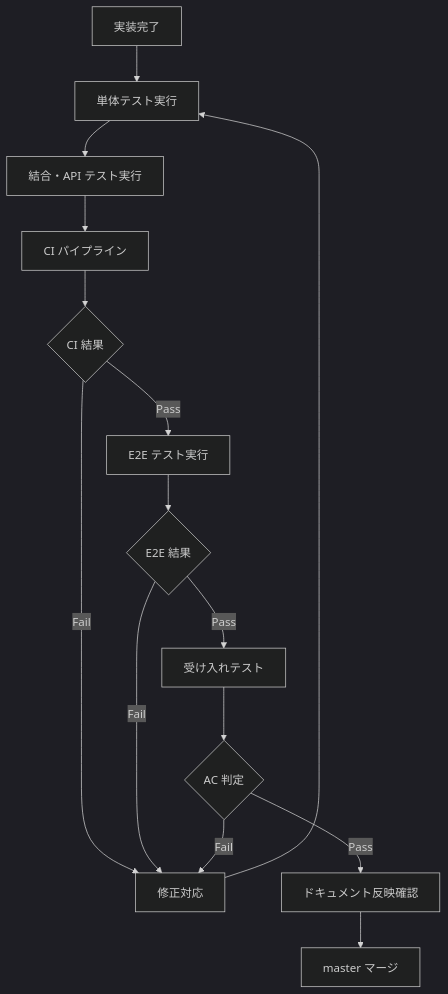
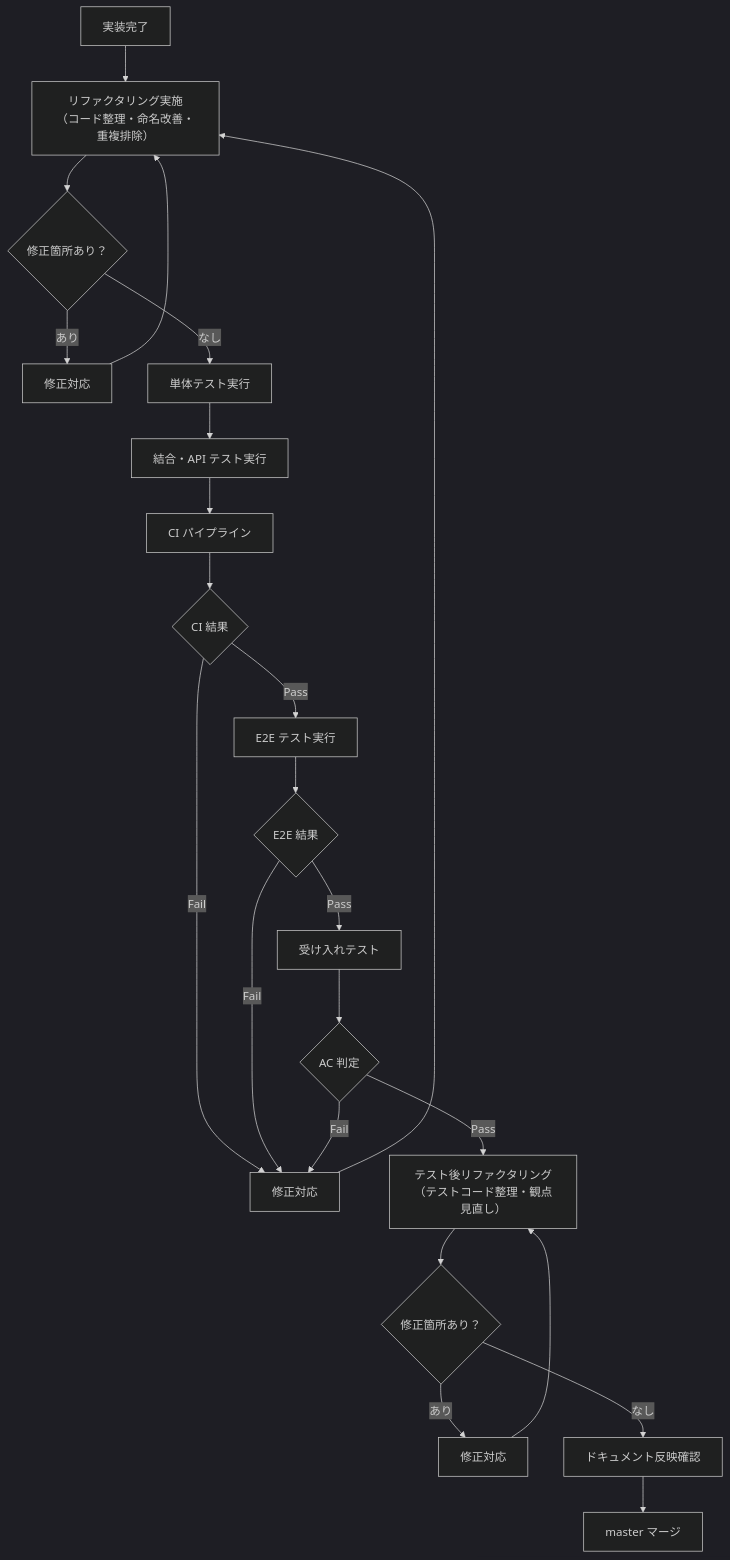
One commit to BossApe/lo-vibe changed the diagram in _document/002.要件定義フェーズ/004.テスト計画/004-01.テスト計画書.md. Above: the diagram before and after it, drawn with Mermaid (dark theme). The commit also changed other lines of this file and 3 other files, not shown here.

````diff
--- a/_document/002.要件定義フェーズ/004.テスト計画/004-01.テスト計画書.md
+++ b/_document/002.要件定義フェーズ/004.テスト計画/004-01.テスト計画書.md
@@ -89,17 +89,25 @@
 ```mermaid
 flowchart TD
-    A[実装完了] --> B[単体テスト実行]
+    A[実装完了] --> RF1[リファクタリング実施<br>（コード整理・命名改善・重複排除）]
+    RF1 --> RF1C{修正箇所あり？}
+    RF1C -- あり --> RF1F[修正対応]
+    RF1F --> RF1
+    RF1C -- なし --> B[単体テスト実行]
     B --> C[結合・API テスト実行]
     C --> D[CI パイプライン]
     D --> E{CI 結果}
     E -- Fail --> F[修正対応]
-    F --> B
+    F --> RF1
     E -- Pass --> G[E2E テスト実行]
     G --> H{E2E 結果}
     H -- Fail --> F
     H -- Pass --> I[受け入れテスト]
     I --> J{AC 判定}
     J -- Fail --> F
-    J -- Pass --> K[ドキュメント反映確認]
+    J -- Pass --> RF2[テスト後リファクタリング<br>（テストコード整理・観点見直し）]
+    RF2 --> RF2C{修正箇所あり？}
+    RF2C -- あり --> RF2F[修正対応]
+    RF2F --> RF2
+    RF2C -- なし --> K[ドキュメント反映確認]
     K --> L[master マージ]
 ```
````
